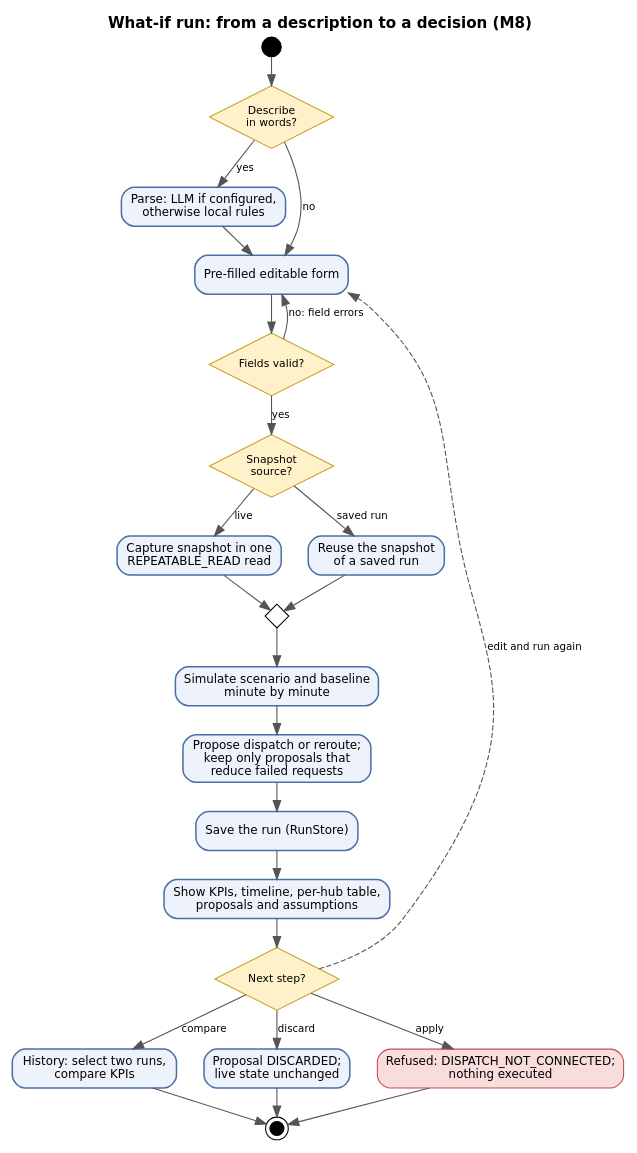
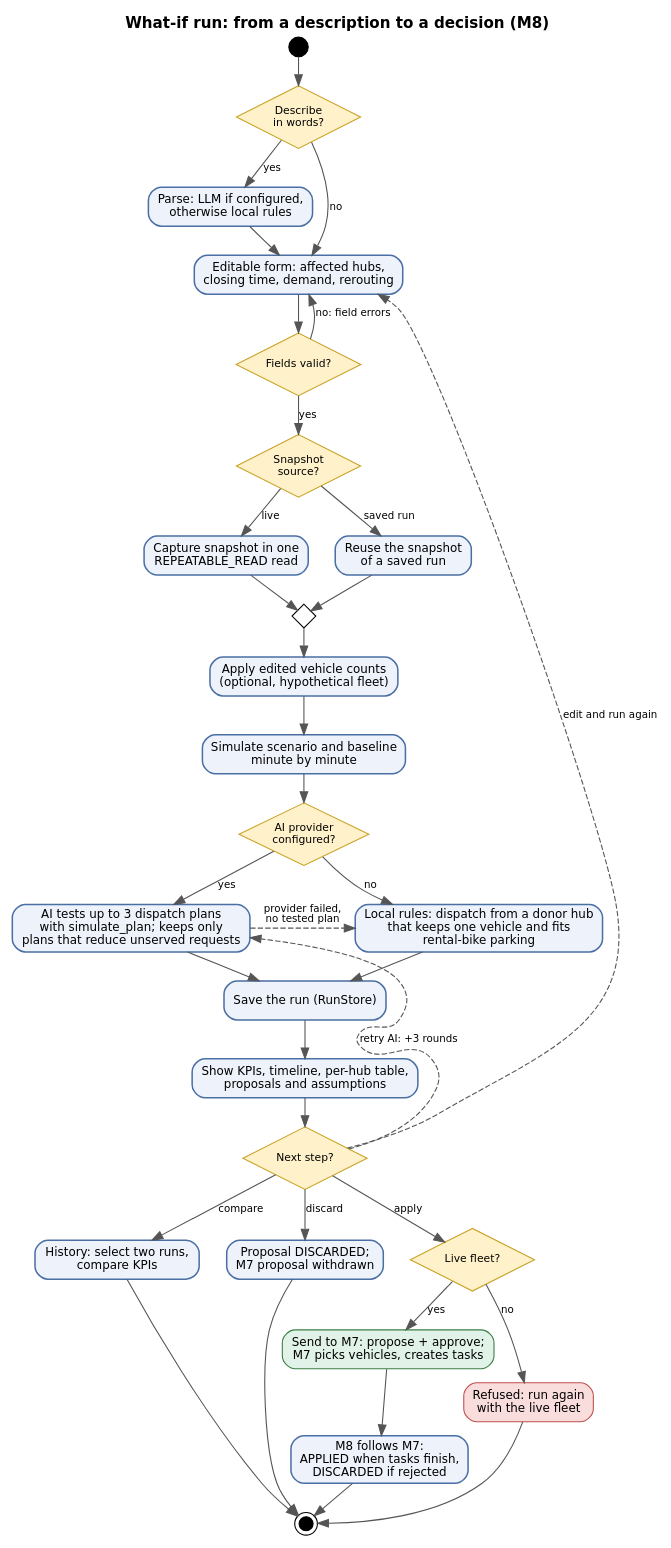
The diagram in docs/tools_for_figures/graphviz_dot/m8/m8_activity.dot (Jennie3306/smart-emobility-hub), drawn with Graphviz before and after one commit. The commit also changed 22 other files, not shown here.

First line of the commit message:
[DOCS][M8] Update M8 diagrams, contracts, runbook and screenshots to the current behavior

```diff
--- a/docs/tools_for_figures/graphviz_dot/m8/m8_activity.dot
+++ b/docs/tools_for_figures/graphviz_dot/m8/m8_activity.dot
@@ -1,27 +1,37 @@
 digraph G { graph [rankdir=TB, fontname="DejaVu Sans", nodesep=0.35, ranksep=0.35, label=<<b>What-if run: from a description to a decision (M8)</b>>, labelloc=t, fontsize=14]; node [fontname="DejaVu Sans", fontsize=11]; edge [fontname="DejaVu Sans", fontsize=9.5, color="#555555"];
 s [shape=circle, style=filled, fillcolor=black, label="", width=0.25];
 
 d1 [label="Describe\nin words?", shape=diamond, style=filled, fillcolor="#fff1c9", color="#c9a227", fontsize=10, width=1.6, height=0.8];
 p [label="Parse: LLM if configured,\notherwise local rules", shape=box, style="rounded,filled", fillcolor="#eef2fb", color="#4a6fa5", penwidth=1.4];
-f [label="Pre-filled editable form", shape=box, style="rounded,filled", fillcolor="#eef2fb", color="#4a6fa5", penwidth=1.4];
+f [label="Editable form: affected hubs,\nclosing time, demand, rerouting", shape=box, style="rounded,filled", fillcolor="#eef2fb", color="#4a6fa5", penwidth=1.4];
 d2 [label="Fields valid?", shape=diamond, style=filled, fillcolor="#fff1c9", color="#c9a227", fontsize=10, width=1.6, height=0.8];
 d3 [label="Snapshot\nsource?", shape=diamond, style=filled, fillcolor="#fff1c9", color="#c9a227", fontsize=10, width=1.6, height=0.8];
 c [label="Capture snapshot in one\nREPEATABLE_READ read", shape=box, style="rounded,filled", fillcolor="#eef2fb", color="#4a6fa5", penwidth=1.4];
 r [label="Reuse the snapshot\nof a saved run", shape=box, style="rounded,filled", fillcolor="#eef2fb", color="#4a6fa5", penwidth=1.4];
 m [shape=diamond, label="", width=0.3, height=0.3, style=filled, fillcolor="#ffffff"];
+fl [label="Apply edited vehicle counts\n(optional, hypothetical fleet)", shape=box, style="rounded,filled", fillcolor="#eef2fb", color="#4a6fa5", penwidth=1.4];
 sim [label="Simulate scenario and baseline\nminute by minute", shape=box, style="rounded,filled", fillcolor="#eef2fb", color="#4a6fa5", penwidth=1.4];
-pr [label="Propose dispatch or reroute;\nkeep only proposals that\nreduce failed requests", shape=box, style="rounded,filled", fillcolor="#eef2fb", color="#4a6fa5", penwidth=1.4];
+d5 [label="AI provider\nconfigured?", shape=diamond, style=filled, fillcolor="#fff1c9", color="#c9a227", fontsize=10, width=1.6, height=0.8];
+ai [label="AI tests up to 3 dispatch plans\nwith simulate_plan; keeps only\nplans that reduce unserved requests", shape=box, style="rounded,filled", fillcolor="#eef2fb", color="#4a6fa5", penwidth=1.4];
+pr [label="Local rules: dispatch from a donor hub\nthat keeps one vehicle and fits\nrental-bike parking", shape=box, style="rounded,filled", fillcolor="#eef2fb", color="#4a6fa5", penwidth=1.4];
 sv [label="Save the run (RunStore)", shape=box, style="rounded,filled", fillcolor="#eef2fb", color="#4a6fa5", penwidth=1.4];
 sh [label="Show KPIs, timeline, per-hub table,\nproposals and assumptions", shape=box, style="rounded,filled", fillcolor="#eef2fb", color="#4a6fa5", penwidth=1.4];
 d4 [label="Next step?", shape=diamond, style=filled, fillcolor="#fff1c9", color="#c9a227", fontsize=10, width=1.6, height=0.8];
 cmp [label="History: select two runs,\ncompare KPIs", shape=box, style="rounded,filled", fillcolor="#eef2fb", color="#4a6fa5", penwidth=1.4];
-dis [label="Proposal DISCARDED;\nlive state unchanged", shape=box, style="rounded,filled", fillcolor="#eef2fb", color="#4a6fa5", penwidth=1.4];
-ap [label="Refused: DISPATCH_NOT_CONNECTED;\nnothing executed", shape=box, style="rounded,filled", fillcolor="#f9dcdc", color="#c0504d"];
+dis [label="Proposal DISCARDED;\nM7 proposal withdrawn", shape=box, style="rounded,filled", fillcolor="#eef2fb", color="#4a6fa5", penwidth=1.4];
+d6 [label="Live fleet?", shape=diamond, style=filled, fillcolor="#fff1c9", color="#c9a227", fontsize=10, width=1.6, height=0.8];
+ap [label="Send to M7: propose + approve;\nM7 picks vehicles, creates tasks", shape=box, style="rounded,filled", fillcolor="#e1f3e8", color="#3a7d44"];
+no [label="Refused: run again\nwith the live fleet", shape=box, style="rounded,filled", fillcolor="#f9dcdc", color="#c0504d"];
+fw [label="M8 follows M7:\nAPPLIED when tasks finish,\nDISCARDED if rejected", shape=box, style="rounded,filled", fillcolor="#eef2fb", color="#4a6fa5", penwidth=1.4];
 e [shape=doublecircle, style=filled, fillcolor=black, label="", width=0.18];
 s -> d1; d1 -> p [label="yes"]; d1 -> f [label="no"]; p -> f; f -> d2; d2 -> f [label="no: field errors", constraint=false];
-d2 -> d3 [label="yes"]; d3 -> c [label="live"]; d3 -> r [label="saved run"]; c -> m; r -> m; m -> sim -> pr -> sv -> sh -> d4;
+d2 -> d3 [label="yes"]; d3 -> c [label="live"]; d3 -> r [label="saved run"]; c -> m; r -> m; m -> fl -> sim -> d5;
+d5 -> ai [label="yes"]; d5 -> pr [label="no"]; ai -> pr [label="provider failed,\nno tested plan", style=dashed];
+ai -> sv; pr -> sv; sv -> sh -> d4;
 d4 -> f [label="edit and run again", constraint=false, style=dashed];
-d4 -> cmp [label="compare"]; d4 -> dis [label="discard"]; d4 -> ap [label="apply"];
-cmp -> e; dis -> e; ap -> e;
-{rank=same; c; r} {rank=same; cmp; dis; ap}
+d4 -> ai [label="retry AI: +3 rounds", constraint=false, style=dashed];
+d4 -> cmp [label="compare"]; d4 -> dis [label="discard"]; d4 -> d6 [label="apply"];
+d6 -> ap [label="yes"]; d6 -> no [label="no"]; ap -> fw;
+cmp -> e; dis -> e; fw -> e; no -> e;
+{rank=same; c; r} {rank=same; ai; pr} {rank=same; cmp; dis; d6}
 }
```
